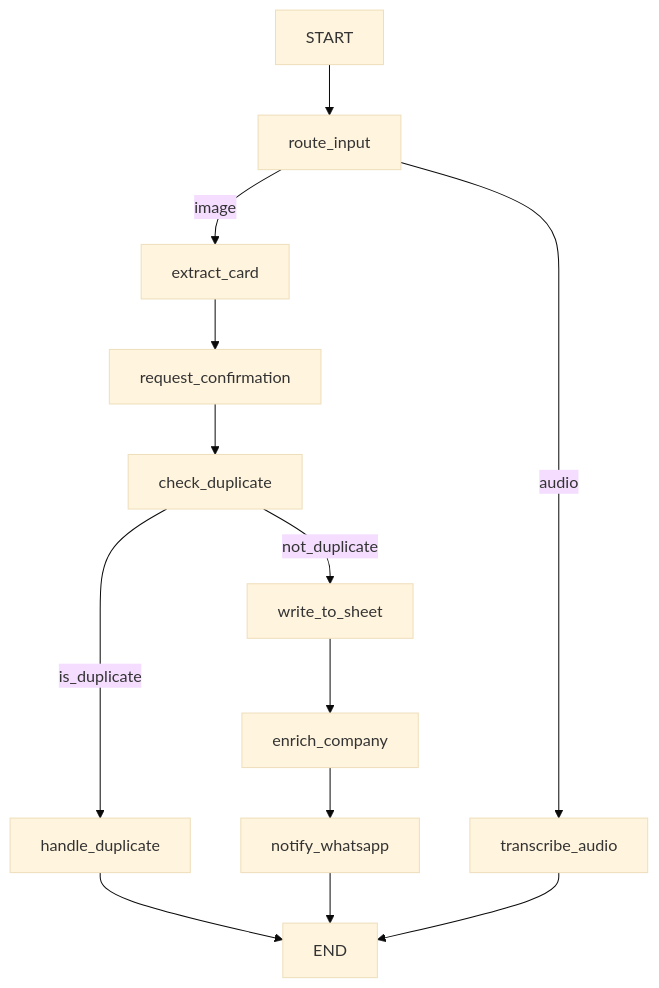
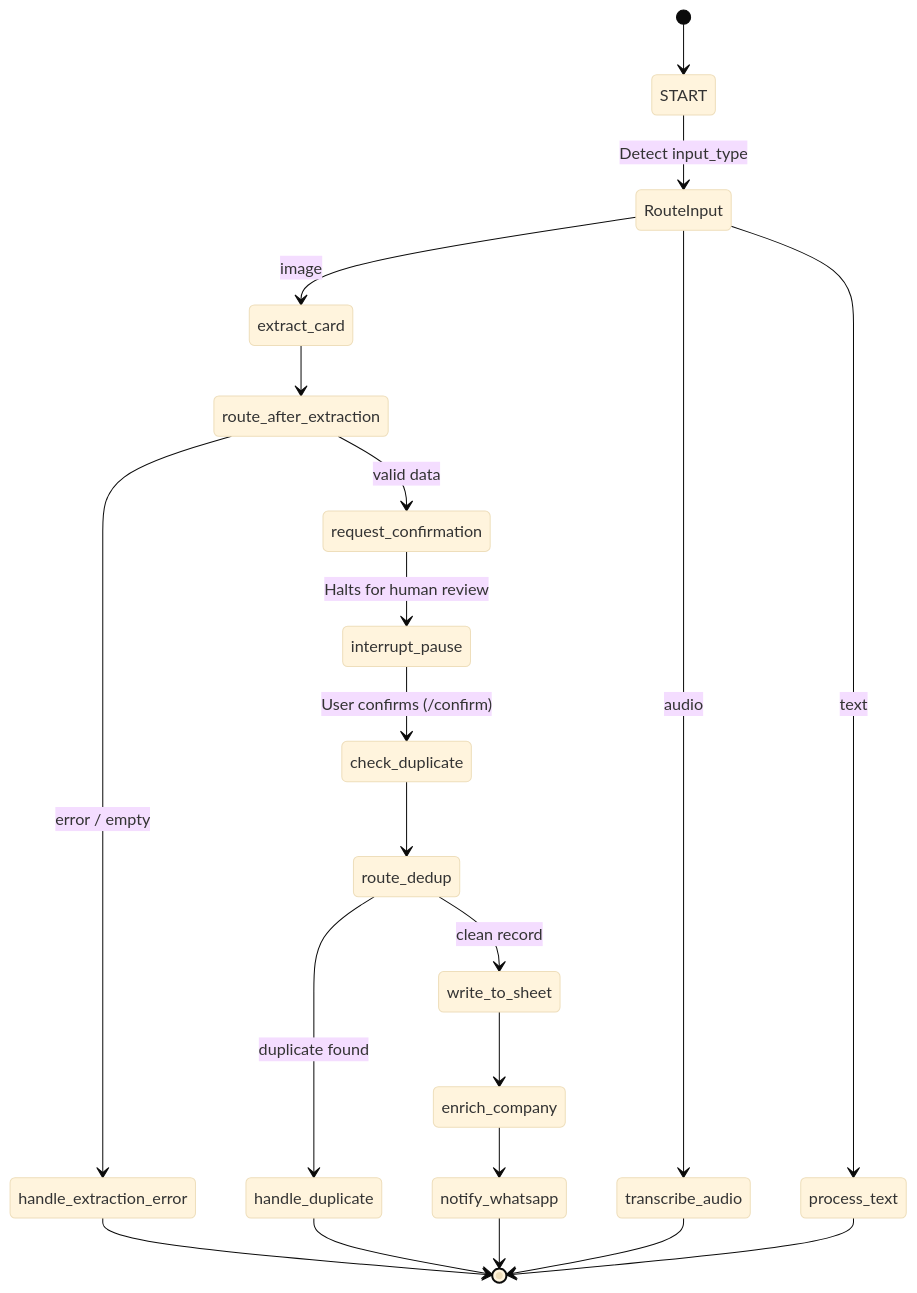
One commit to akash-bodanapati/CardFlow changed the second of 2 diagrams in README.md. Above: the diagram before and after it, drawn with Mermaid (base theme). The commit also changed other lines of this file and 50 other files, not shown here.

````diff
--- a/README.md
+++ b/README.md
@@ -9,20 +66,37 @@
 ```mermaid
-graph TD
-    START --> route_input
-    route_input -- image --> extract_card
-    route_input -- audio --> transcribe_audio
+stateDiagram-v2
+    [*] --> START
     
-    extract_card --> request_confirmation
-    request_confirmation --> check_duplicate
+    START --> RouteInput : Detect input_type
     
-    check_duplicate -- is_duplicate --> handle_duplicate
-    check_duplicate -- not_duplicate --> write_to_sheet
+    state RouteInput <<choice>>
+    RouteInput --> extract_card : image
+    RouteInput --> transcribe_audio : audio
+    RouteInput --> process_text : text
     
-    handle_duplicate --> END
+    extract_card --> route_after_extraction
+    
+    state route_after_extraction <<choice>>
+    route_after_extraction --> request_confirmation : valid data
+    route_after_extraction --> handle_extraction_error : error / empty
+    
+    handle_extraction_error --> [*]
+    
+    request_confirmation --> interrupt_pause : Halts for human review
+    interrupt_pause --> check_duplicate : User confirms (/confirm)
+    
+    check_duplicate --> route_dedup
+    
+    state route_dedup <<choice>>
+    route_dedup --> handle_duplicate : duplicate found
+    route_dedup --> write_to_sheet : clean record
+    
+    handle_duplicate --> [*]
     
     write_to_sheet --> enrich_company
     enrich_company --> notify_whatsapp
-    notify_whatsapp --> END
+    notify_whatsapp --> [*]
     
-    transcribe_audio --> END
+    transcribe_audio --> [*]
+    process_text --> [*]
 ```
````
